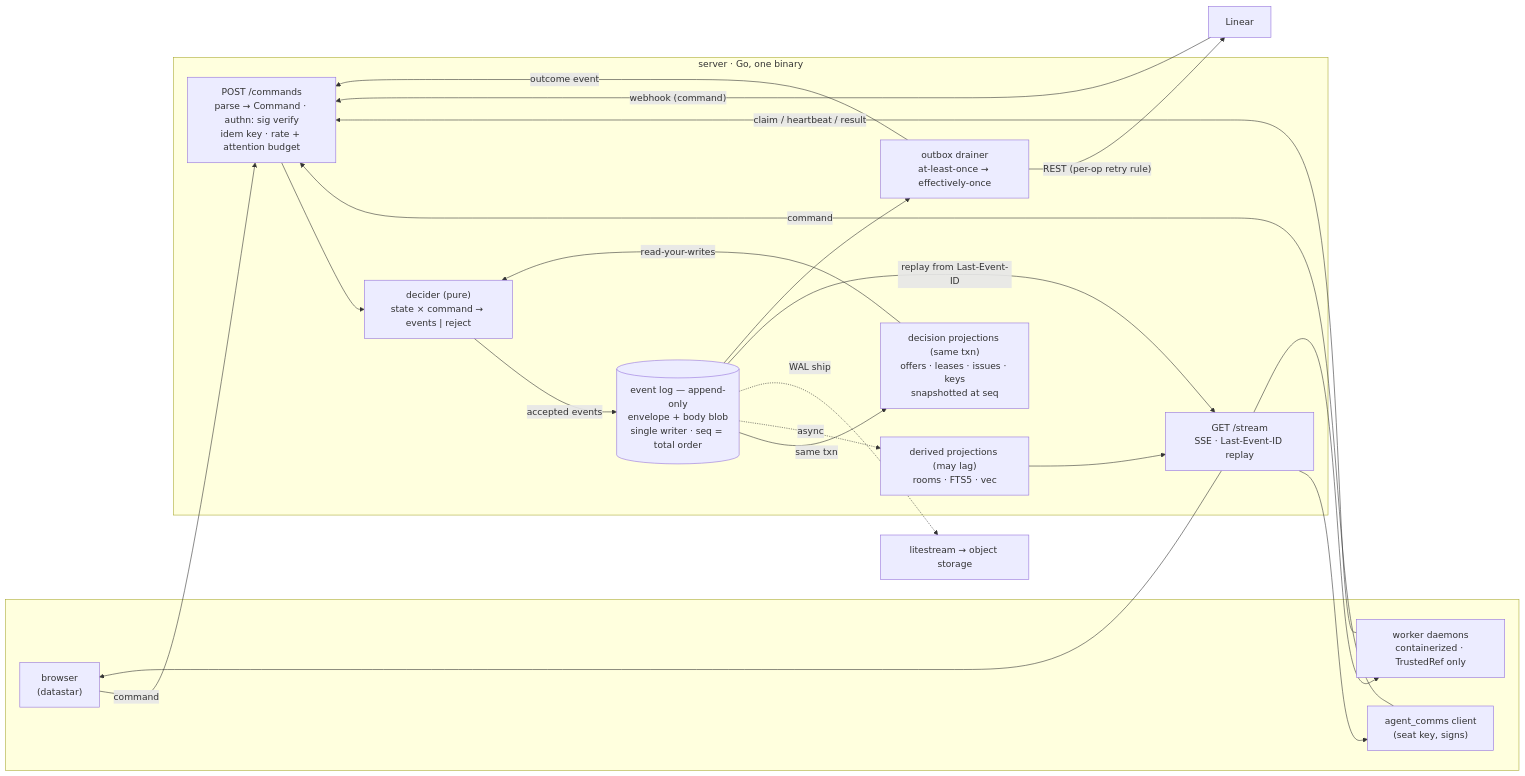
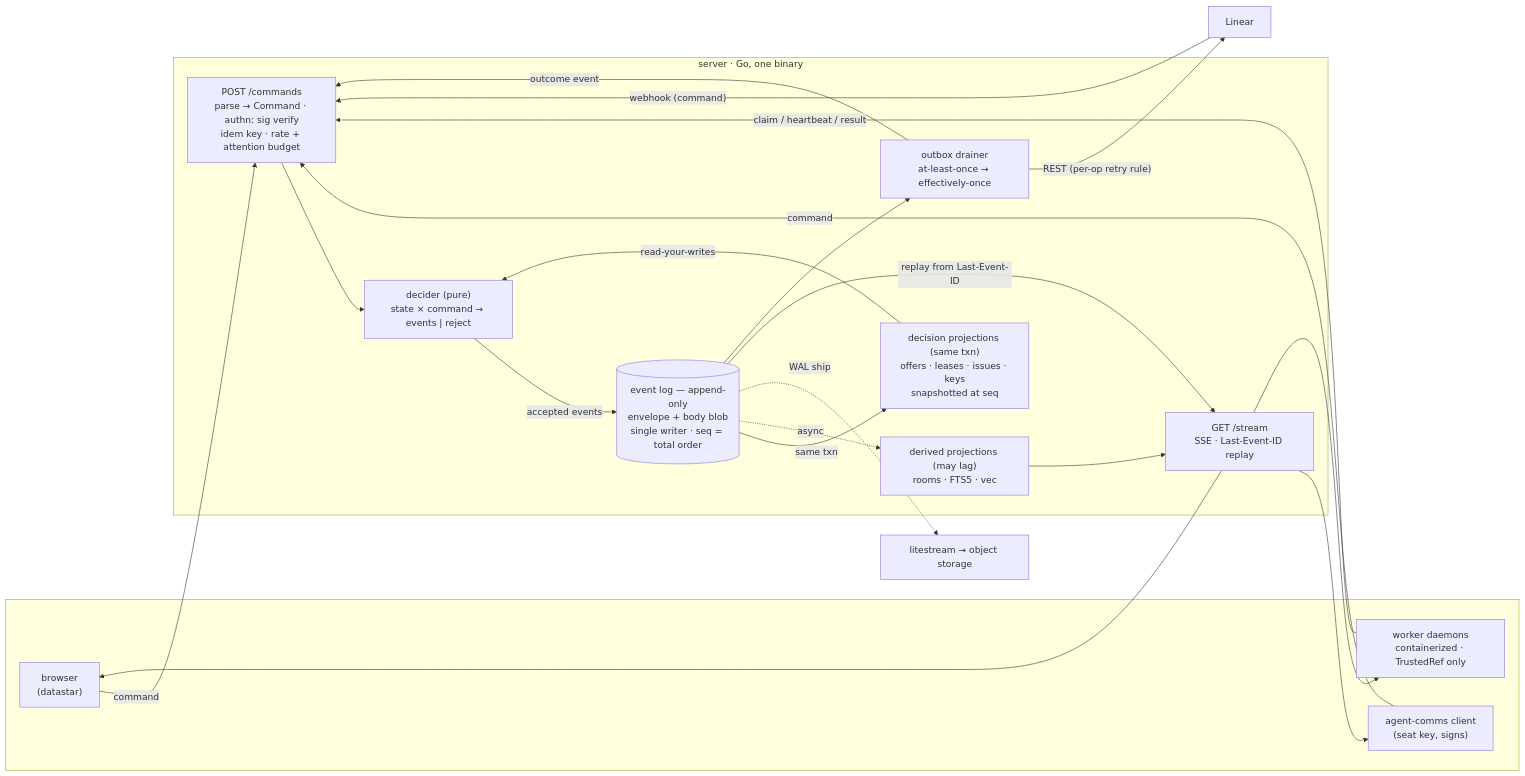
One commit to escherize/comms changed the diagram in docs/ARCHITECTURE.md. Above: the diagram before and after it, drawn with Mermaid. The commit also changed other lines of this file and 32 other files, not shown here.

First line of the commit message:
the command is agent-comms, matching the repository and go install

````diff
--- a/docs/ARCHITECTURE.md
+++ b/docs/ARCHITECTURE.md
@@ -7,37 +7,37 @@
 ```mermaid
 flowchart LR
     subgraph clients[" "]
         H["browser<br/>(datastar)"]
-        A["agent_comms client<br/>(seat key, signs)"]
+        A["agent-comms client<br/>(seat key, signs)"]
         W["worker daemons<br/>containerized · TrustedRef only"]
     end
     LIN["Linear"]
     subgraph server["server · Go, one binary"]
         CMD["POST /commands<br/>parse → Command · authn: sig verify<br/>idem key · rate + attention budget"]
         CORE["decider (pure)<br/>state × command → events | reject"]
         LOG[("event log — append-only<br/>envelope + body blob<br/>single writer · seq = total order")]
         PROJ["decision projections (same txn)<br/>offers · leases · issues · keys<br/>snapshotted at seq"]
         DER["derived projections (may lag)<br/>rooms · FTS5 · vec"]
         SSE["GET /stream<br/>SSE · Last-Event-ID replay"]
         OUT["outbox drainer<br/>at-least-once → effectively-once"]
     end
     LS["litestream → object storage"]
     H -- "command" --> CMD
     A -- "command" --> CMD
     W -- "claim / heartbeat / result" --> CMD
     LIN -- "webhook (command)" --> CMD
     CMD --> CORE
     CORE -- "accepted events" --> LOG
     LOG -- "same txn" --> PROJ
     LOG -. "async" .-> DER
     LOG -. "WAL ship" .-> LS
     PROJ -- "read-your-writes" --> CORE
     LOG -- "replay from Last-Event-ID" --> SSE
     DER --> SSE
     LOG --> OUT
     OUT -- "REST (per-op retry rule)" --> LIN
     OUT -- "outcome event" --> CMD
     SSE --> H
     SSE --> A
     SSE --> W
 ```
````
